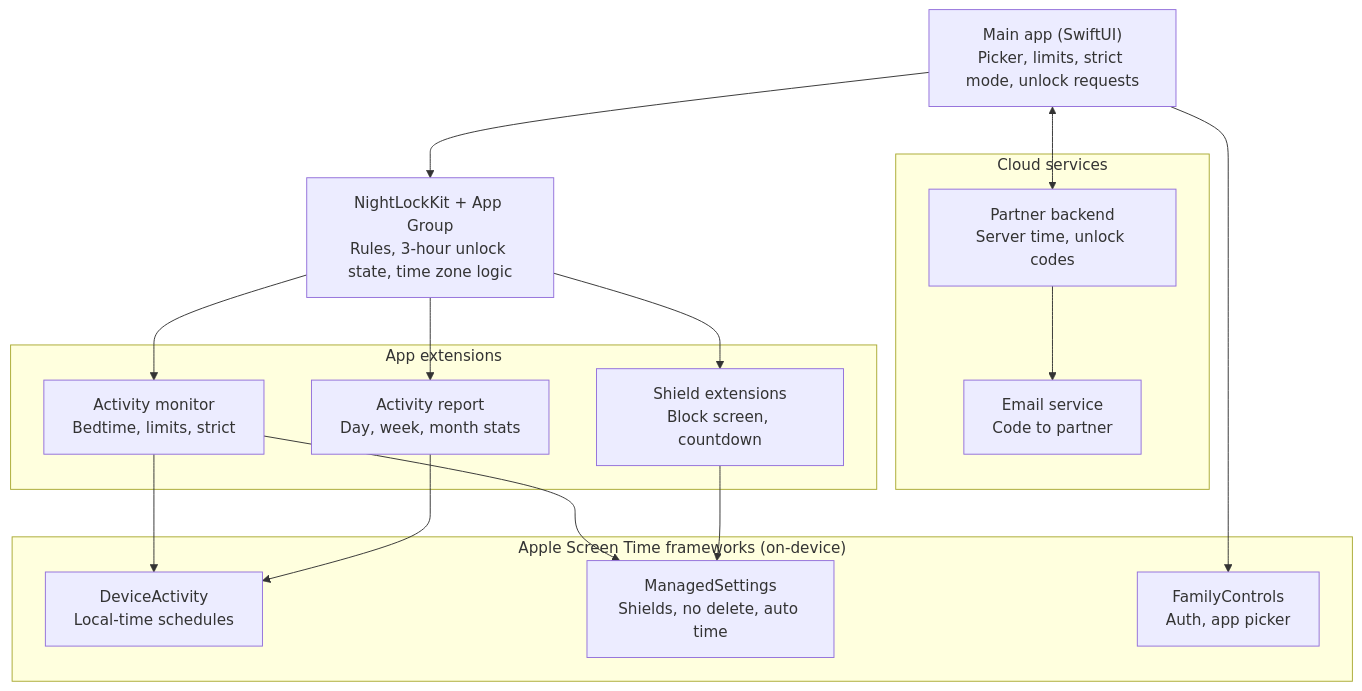
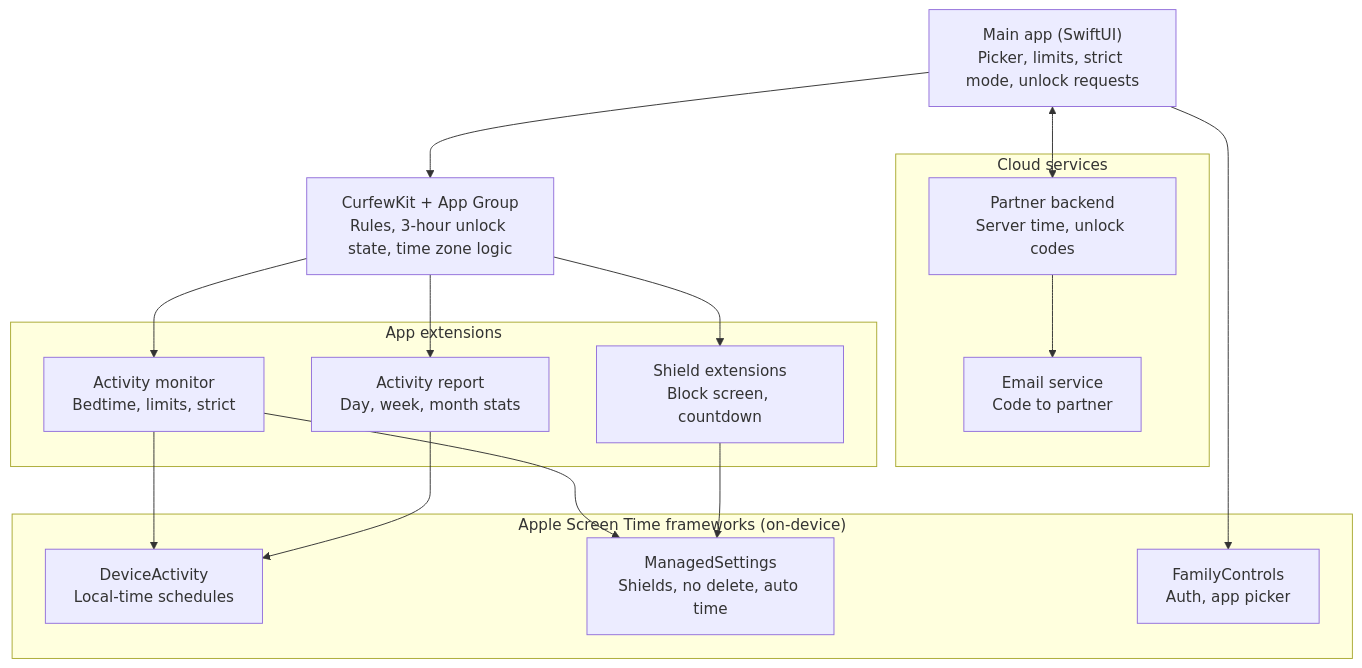
Before and after one commit to michael566-sys/Phone-Curfew: the first of 2 diagrams in README.md, drawn with Mermaid. The commit also changed other lines of this file, not shown here.

````diff
--- a/README.md
+++ b/README.md
@@ -11,34 +11,34 @@
 ```mermaid
 flowchart TB
     subgraph Cloud["Cloud services"]
         BE["Partner backend<br/>Server time, unlock codes"]
         EM["Email service<br/>Code to partner"]
     end
 
     APP["Main app (SwiftUI)<br/>Picker, limits, strict mode, unlock requests"]
-    KIT["NightLockKit + App Group<br/>Rules, 3-hour unlock state, time zone logic"]
+    KIT["CurfewKit + App Group<br/>Rules, 3-hour unlock state, time zone logic"]
 
     subgraph Ext["App extensions"]
         MON["Activity monitor<br/>Bedtime, limits, strict"]
         SH["Shield extensions<br/>Block screen, countdown"]
         REP["Activity report<br/>Day, week, month stats"]
     end
 
     subgraph Apple["Apple Screen Time frameworks (on-device)"]
         DA["DeviceActivity<br/>Local-time schedules"]
         MS["ManagedSettings<br/>Shields, no delete, auto time"]
         FC["FamilyControls<br/>Auth, app picker"]
     end
 
     APP <--> BE
     BE --> EM
     APP --> KIT
     KIT --> MON
     KIT --> SH
     KIT --> REP
     MON --> DA
     MON --> MS
     SH --> MS
     REP --> DA
     APP --> FC
 ```
````
